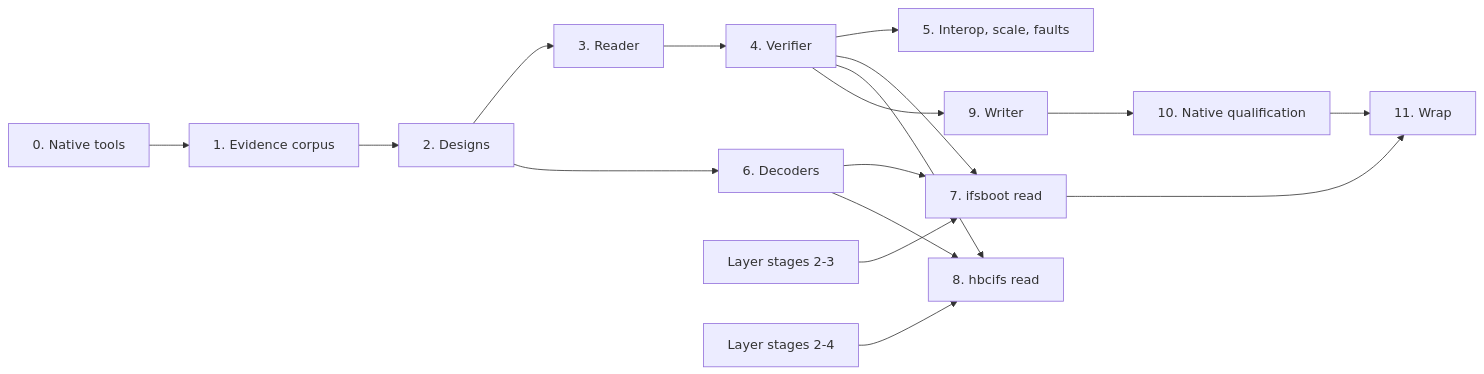
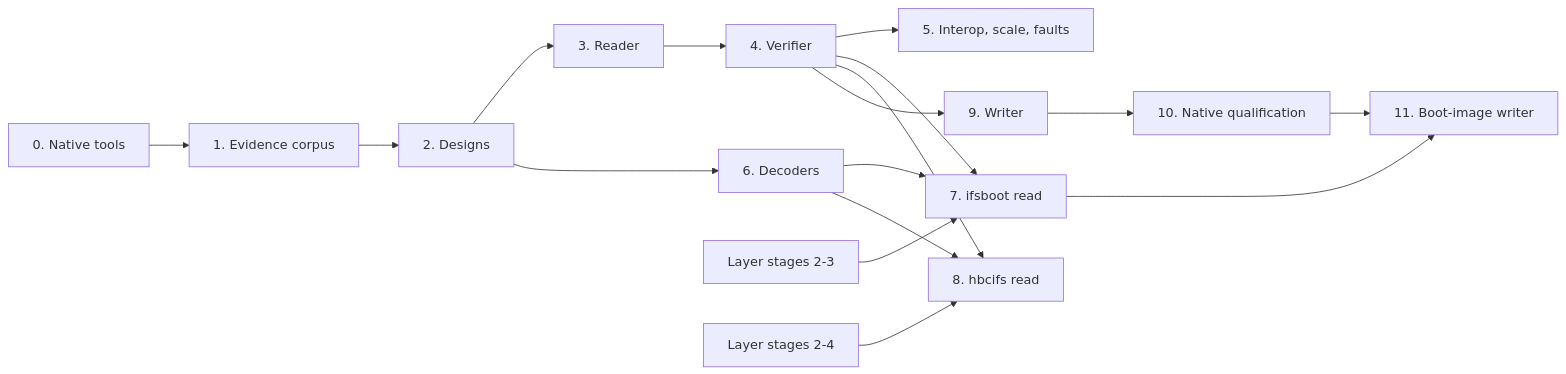
Before and after one commit to stass/fsimg: the diagram in docs/ifs-plan.md, drawn with Mermaid. The commit also changed other lines of this file and 10 other files, not shown here.

````diff
--- a/docs/ifs-plan.md
+++ b/docs/ifs-plan.md
@@ -908,19 +936,19 @@
 ```mermaid
 flowchart LR
     S0[0. Native tools] --> S1[1. Evidence corpus]
     S1 --> S2[2. Designs]
     S2 --> S3[3. Reader]
     S3 --> S4[4. Verifier]
     S4 --> S5[5. Interop, scale, faults]
     S2 --> S6[6. Decoders]
     S4 --> S7[7. ifsboot read]
     S6 --> S7
     L23[Layer stages 2-3] --> S7
     S4 --> S8[8. hbcifs read]
     S6 --> S8
     L24[Layer stages 2-4] --> S8
     S4 --> S9[9. Writer]
     S9 --> S10[10. Native qualification]
-    S7 --> S11[11. Wrap]
+    S7 --> S11[11. Boot-image writer]
     S10 --> S11
 ```
````
